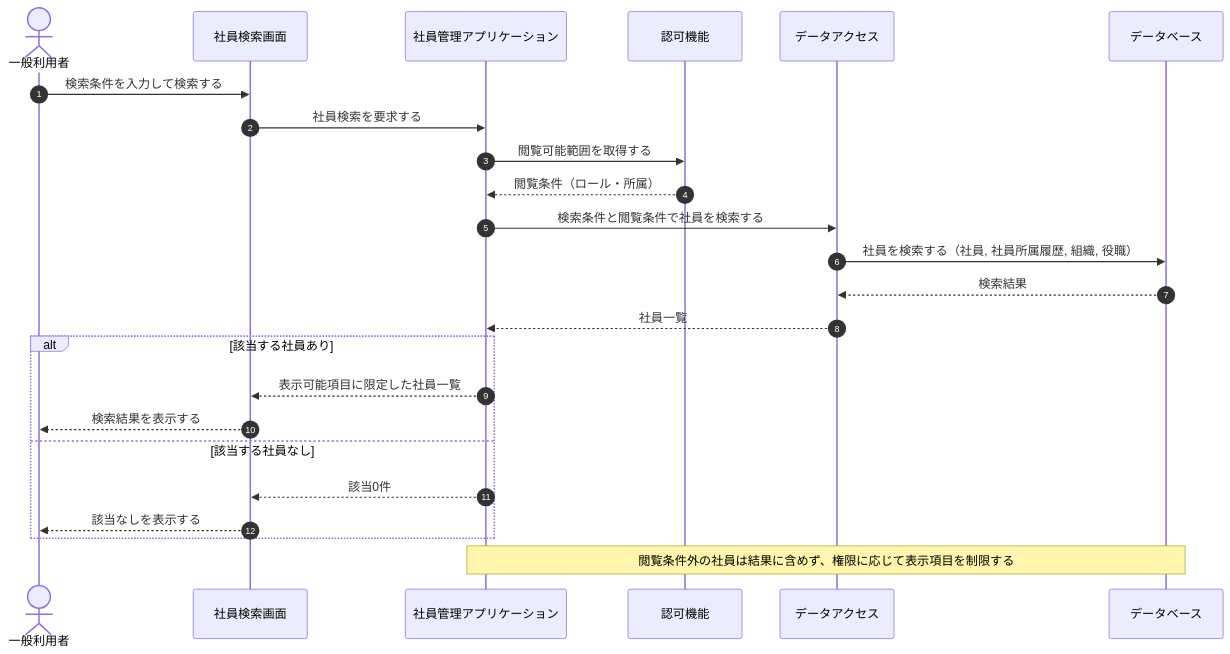
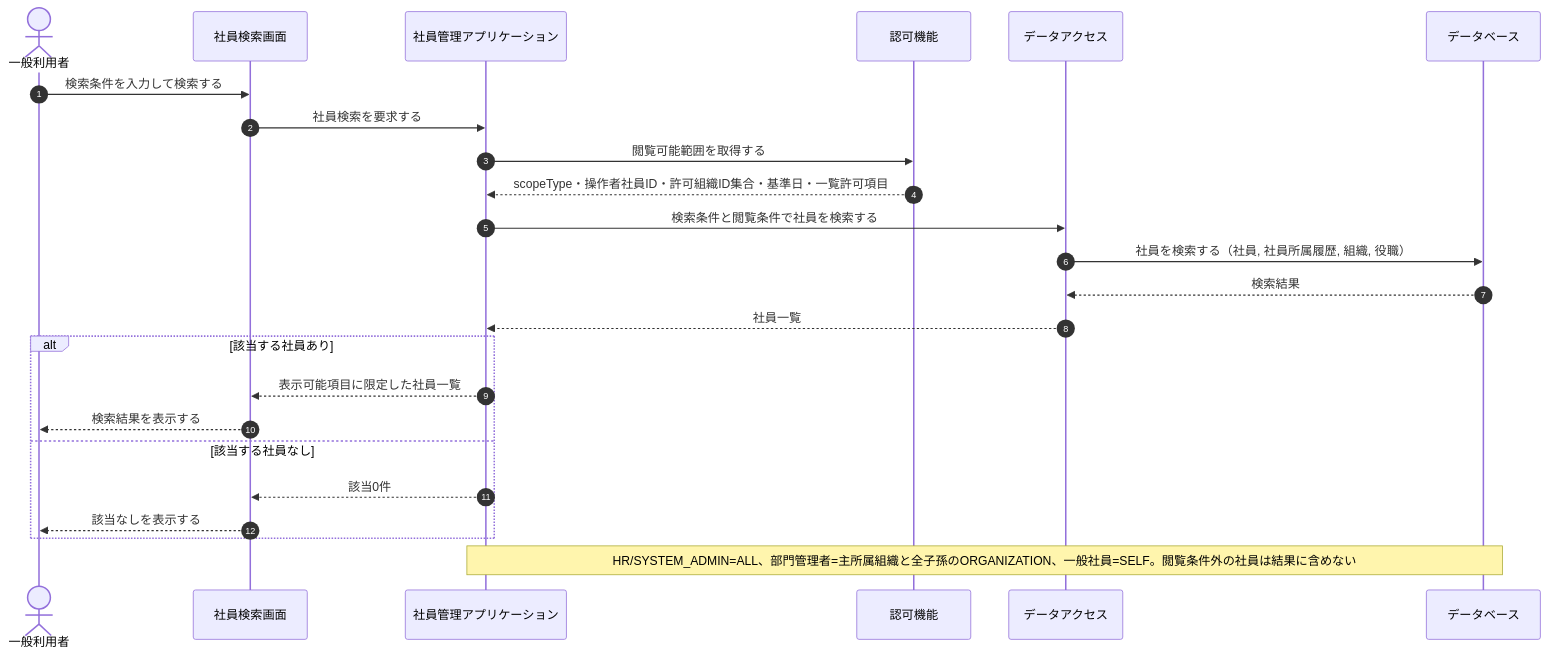
Before and after one commit to sikakou54/system-document-template: the third of 14 diagrams in 統合設計書/社員名簿管理システム/03_シーケンス設計.md, drawn with Mermaid. The commit also changed other lines of this file and 40 other files, not shown here.

````diff
--- a/統合設計書/社員名簿管理システム/03_シーケンス設計.md
+++ b/統合設計書/社員名簿管理システム/03_シーケンス設計.md
@@ -215,27 +232,27 @@
 ```mermaid
 sequenceDiagram
     autonumber
     actor U as 一般利用者
     participant UI as 社員検索画面
     participant APP as 社員管理アプリケーション
     participant AUTH as 認可機能
     participant DATA as データアクセス
     participant DB as データベース
 
     U->>UI: 検索条件を入力して検索する
     UI->>APP: 社員検索を要求する
     APP->>AUTH: 閲覧可能範囲を取得する
-    AUTH-->>APP: 閲覧条件（ロール・所属）
+    AUTH-->>APP: scopeType・操作者社員ID・許可組織ID集合・基準日・一覧許可項目
     APP->>DATA: 検索条件と閲覧条件で社員を検索する
     DATA->>DB: 社員を検索する（社員, 社員所属履歴, 組織, 役職）
     DB-->>DATA: 検索結果
     DATA-->>APP: 社員一覧
     alt 該当する社員あり
         APP-->>UI: 表示可能項目に限定した社員一覧
         UI-->>U: 検索結果を表示する
     else 該当する社員なし
         APP-->>UI: 該当0件
         UI-->>U: 該当なしを表示する
     end
-    Note over APP,DB: 閲覧条件外の社員は結果に含めず、権限に応じて表示項目を制限する
+    Note over APP,DB: HR/SYSTEM_ADMIN=ALL、部門管理者=主所属組織と全子孫のORGANIZATION、一般社員=SELF。閲覧条件外の社員は結果に含めない
 ```
````
